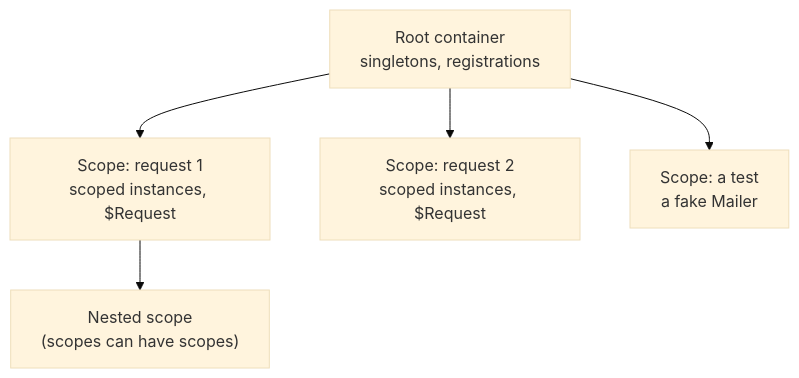
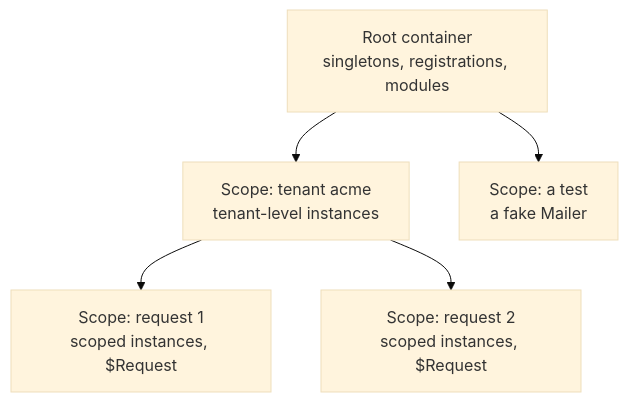
One commit to fathym/ioc changed the diagram in docs/concepts/scopes.md. Above: the diagram before and after it, drawn with Mermaid (base theme). The commit also changed other lines of this file and 78 other files, not shown here.

````diff
--- a/docs/concepts/scopes.md
+++ b/docs/concepts/scopes.md
@@ -29,11 +29,12 @@
 ```mermaid
 flowchart TD
-  Root["Root container<br/>singletons, registrations"]
-  Req1["Scope: request 1<br/>scoped instances, $Request"]
-  Req2["Scope: request 2<br/>scoped instances, $Request"]
+  Root["Root container<br/>singletons, registrations, modules"]
+  T1["Scope: tenant acme<br/>tenant-level instances"]
+  R1["Scope: request 1<br/>scoped instances, $Request"]
+  R2["Scope: request 2<br/>scoped instances, $Request"]
   Test["Scope: a test<br/>a fake Mailer"]
-  Root --> Req1
-  Root --> Req2
+  Root --> T1
+  T1 --> R1
+  T1 --> R2
   Root --> Test
-  Req1 --> Nested["Nested scope<br/>(scopes can have scopes)"]
 ```
````
